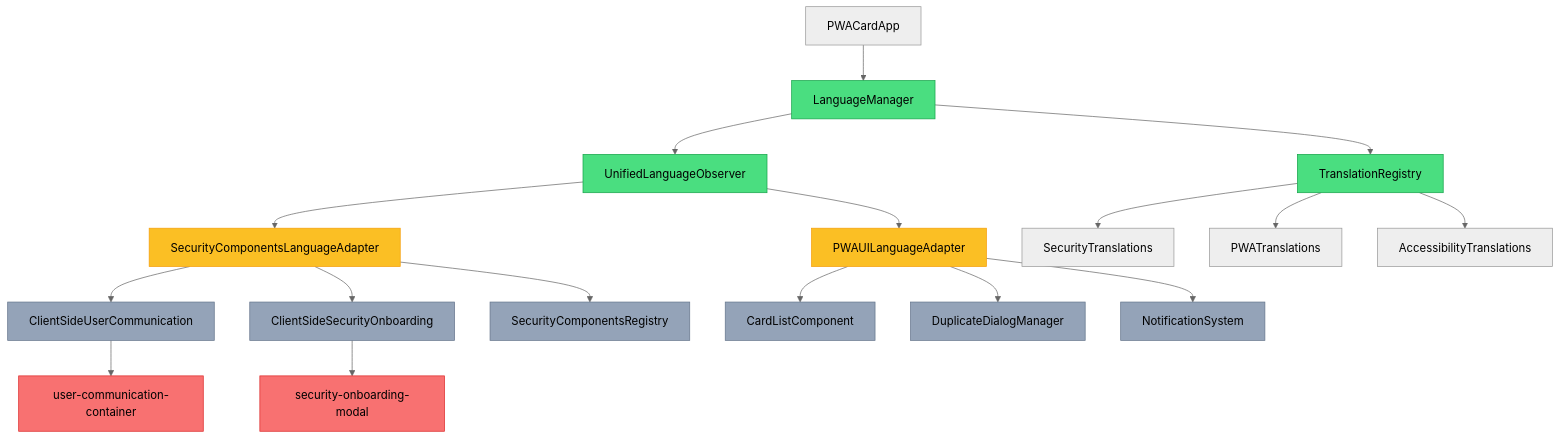
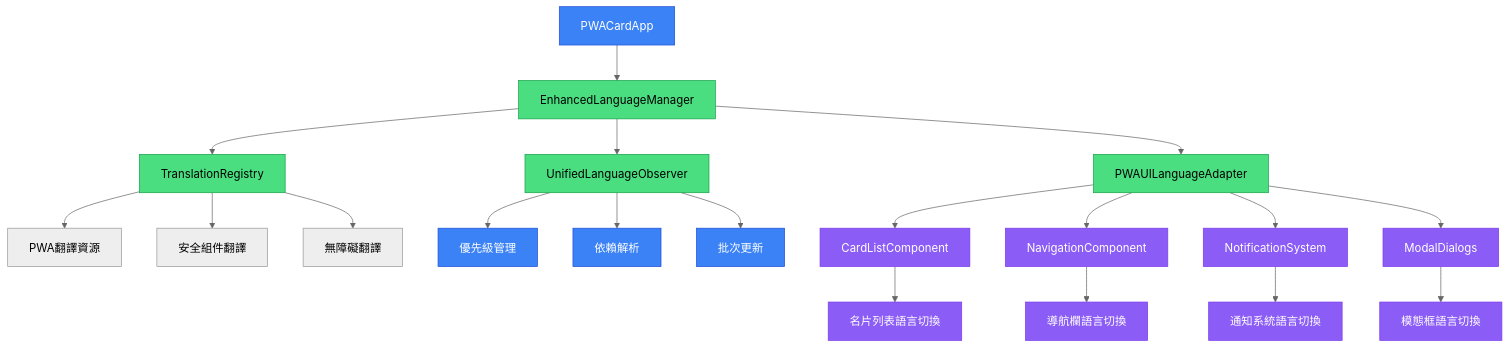
One commit to iim0663418/DB-Card changed the first of 5 diagrams in docs/design.md. Above: the diagram before and after it, drawn with Mermaid (neutral theme). The commit also changed other lines of this file and 65 other files, not shown here.

````diff
--- a/docs/design.md
+++ b/docs/design.md
@@ -22,33 +24,33 @@
 ```mermaid
 graph TB
-    A[PWACardApp] --> B[LanguageManager]
-    B --> C[UnifiedLanguageObserver]
-    C --> D[SecurityComponentsLanguageAdapter]
-    C --> E[PWAUILanguageAdapter]
+    A[PWACardApp] --> B[EnhancedLanguageManager]
+    B --> C[TranslationRegistry]
+    B --> D[UnifiedLanguageObserver]
+    B --> E[PWAUILanguageAdapter]
     
-    D --> F[ClientSideUserCommunication]
-    D --> G[ClientSideSecurityOnboarding]
-    D --> H[SecurityComponentsRegistry]
+    C --> F[PWA翻譯資源]
+    C --> G[安全組件翻譯]
+    C --> H[無障礙翻譯]
     
-    E --> I[CardListComponent]
-    E --> J[DuplicateDialogManager]
-    E --> K[NotificationSystem]
+    D --> I[優先級管理]
+    D --> J[依賴解析]
+    D --> K[批次更新]
     
-    B --> L[TranslationRegistry]
-    L --> M[SecurityTranslations]
-    L --> N[PWATranslations]
-    L --> O[AccessibilityTranslations]
+    E --> L[CardListComponent]
+    E --> M[NavigationComponent]
+    E --> N[NotificationSystem]
+    E --> O[ModalDialogs]
     
-    F --> P[user-communication-container]
-    G --> Q[security-onboarding-modal]
+    L --> P[名片列表語言切換]
+    M --> Q[導航欄語言切換]
+    N --> R[通知系統語言切換]
+    O --> S[模態框語言切換]
     
-    classDef core fill:#4ade80,stroke:#16a34a,color:#000
-    classDef adapter fill:#fbbf24,stroke:#f59e0b,color:#000
-    classDef component fill:#94a3b8,stroke:#64748b,color:#000
-    classDef container fill:#f87171,stroke:#dc2626,color:#000
+    classDef implemented fill:#4ade80,stroke:#16a34a,color:#000
+    classDef core fill:#3b82f6,stroke:#1d4ed8,color:#fff
+    classDef component fill:#8b5cf6,stroke:#7c3aed,color:#fff
     
-    class B,C,L core
-    class D,E adapter
-    class F,G,H,I,J,K component
-    class P,Q container
+    class B,C,D,E implemented
+    class A,I,J,K core
+    class L,M,N,O,P,Q,R,S component
 ```
````
